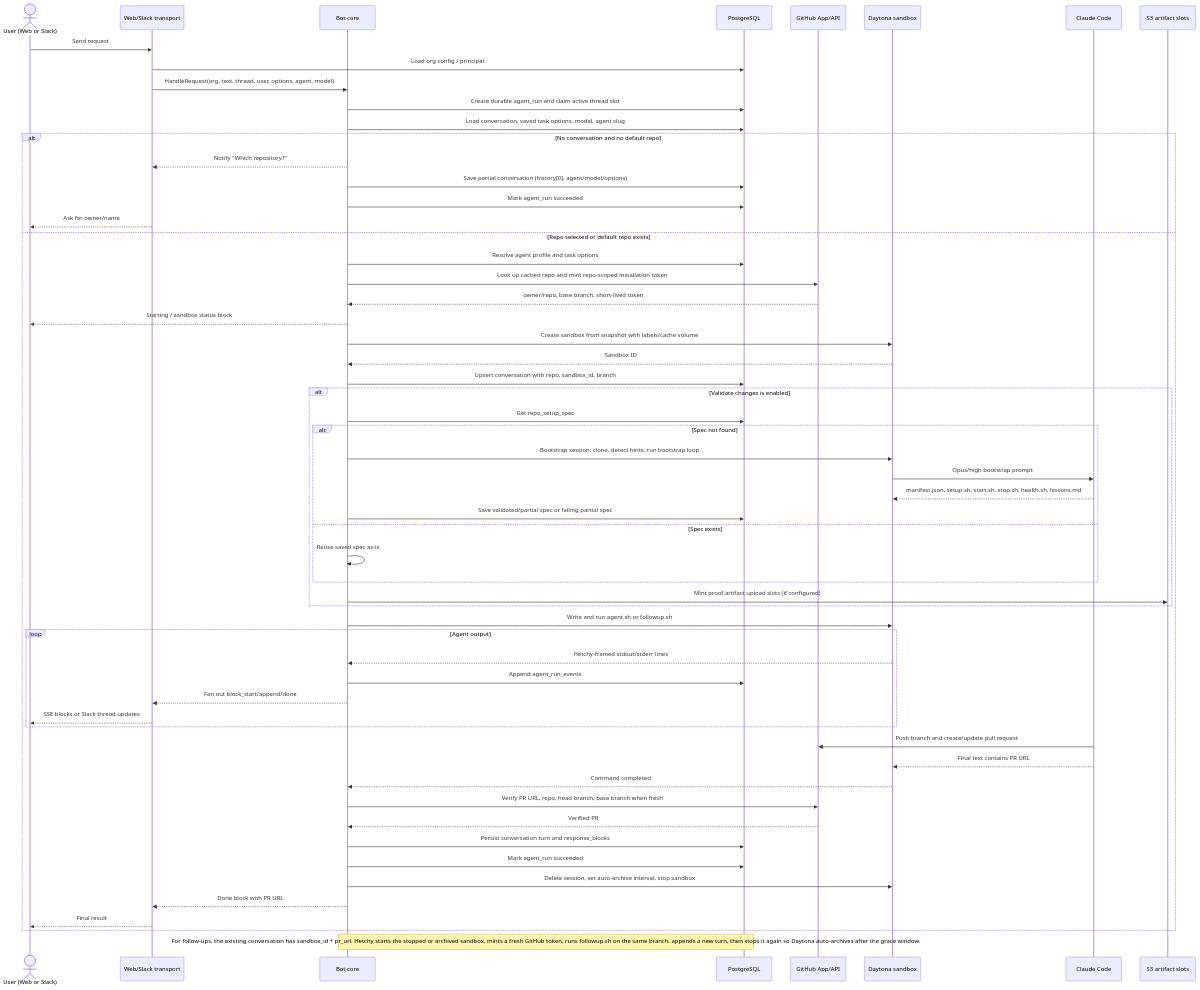
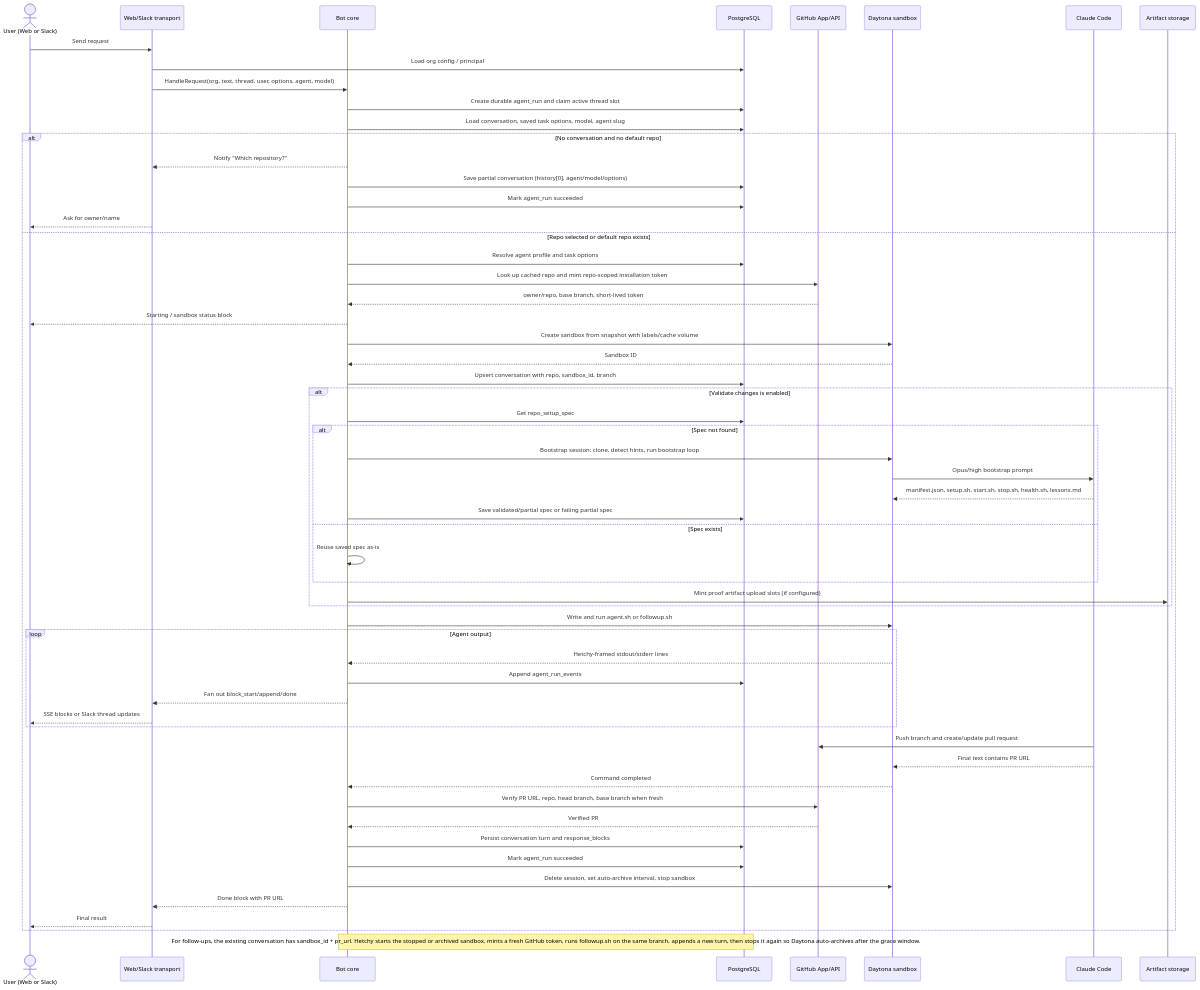
Before and after one commit to sleuth-io/hetchy: the diagram in docs/diagrams/02-request-flow.mmd, drawn with Mermaid. The commit also changed 33 other files, not shown here.

```diff
--- a/docs/diagrams/02-request-flow.mmd
+++ b/docs/diagrams/02-request-flow.mmd
@@ -1,66 +1,66 @@
 sequenceDiagram
     actor User as User (Web or Slack)
     participant Transport as Web/Slack transport
     participant Bot as Bot core
     participant DB as PostgreSQL
     participant GH as GitHub App/API
     participant Daytona as Daytona sandbox
     participant Claude as Claude Code
-    participant S3 as S3 artifact slots
+    participant Artifacts as Artifact storage
 
     User->>Transport: Send request
     Transport->>DB: Load org config / principal
     Transport->>Bot: HandleRequest(org, text, thread, user, options, agent, model)
 
     Bot->>DB: Create durable agent_run and claim active thread slot
     Bot->>DB: Load conversation, saved task options, model, agent slug
 
     alt No conversation and no default repo
         Bot-->>Transport: Notify "Which repository?"
         Bot->>DB: Save partial conversation (history[0], agent/model/options)
         Bot->>DB: Mark agent_run succeeded
         Transport-->>User: Ask for owner/name
     else Repo selected or default repo exists
         Bot->>DB: Resolve agent profile and task options
         Bot->>GH: Look up cached repo and mint repo-scoped installation token
         GH-->>Bot: owner/repo, base branch, short-lived token
 
         Bot-->>User: Starting / sandbox status block
         Bot->>Daytona: Create sandbox from snapshot with labels/cache volume
         Daytona-->>Bot: Sandbox ID
         Bot->>DB: Upsert conversation with repo, sandbox_id, branch
 
         alt Validate changes is enabled
             Bot->>DB: Get repo_setup_spec
             alt Spec not found
                 Bot->>Daytona: Bootstrap session: clone, detect hints, run bootstrap loop
                 Daytona->>Claude: Opus/high bootstrap prompt
                 Claude-->>Daytona: manifest.json, setup.sh, start.sh, stop.sh, health.sh, lessons.md
                 Bot->>DB: Save validated/partial spec or failing partial spec
             else Spec exists
                 Bot->>Bot: Reuse saved spec as-is
             end
-            Bot->>S3: Mint proof artifact upload slots (if configured)
+            Bot->>Artifacts: Mint proof artifact upload slots (if configured)
         end
 
         Bot->>Daytona: Write and run agent.sh or followup.sh
         loop Agent output
             Daytona-->>Bot: Hetchy-framed stdout/stderr lines
             Bot->>DB: Append agent_run_events
             Bot-->>Transport: Fan out block_start/append/done
             Transport-->>User: SSE blocks or Slack thread updates
         end
 
         Claude->>GH: Push branch and create/update pull request
         Claude-->>Daytona: Final text contains PR URL
         Daytona-->>Bot: Command completed
         Bot->>GH: Verify PR URL, repo, head branch, base branch when fresh
         GH-->>Bot: Verified PR
         Bot->>DB: Persist conversation turn and response_blocks
         Bot->>DB: Mark agent_run succeeded
         Bot->>Daytona: Delete session, set auto-archive interval, stop sandbox
         Bot-->>Transport: Done block with PR URL
         Transport-->>User: Final result
     end
 
     Note over Bot,DB: For follow-ups, the existing conversation has sandbox_id + pr_url. Hetchy starts the stopped or archived sandbox, mints a fresh GitHub token, runs followup.sh on the same branch, appends a new turn, then stops it again so Daytona auto-archives after the grace window.
```
